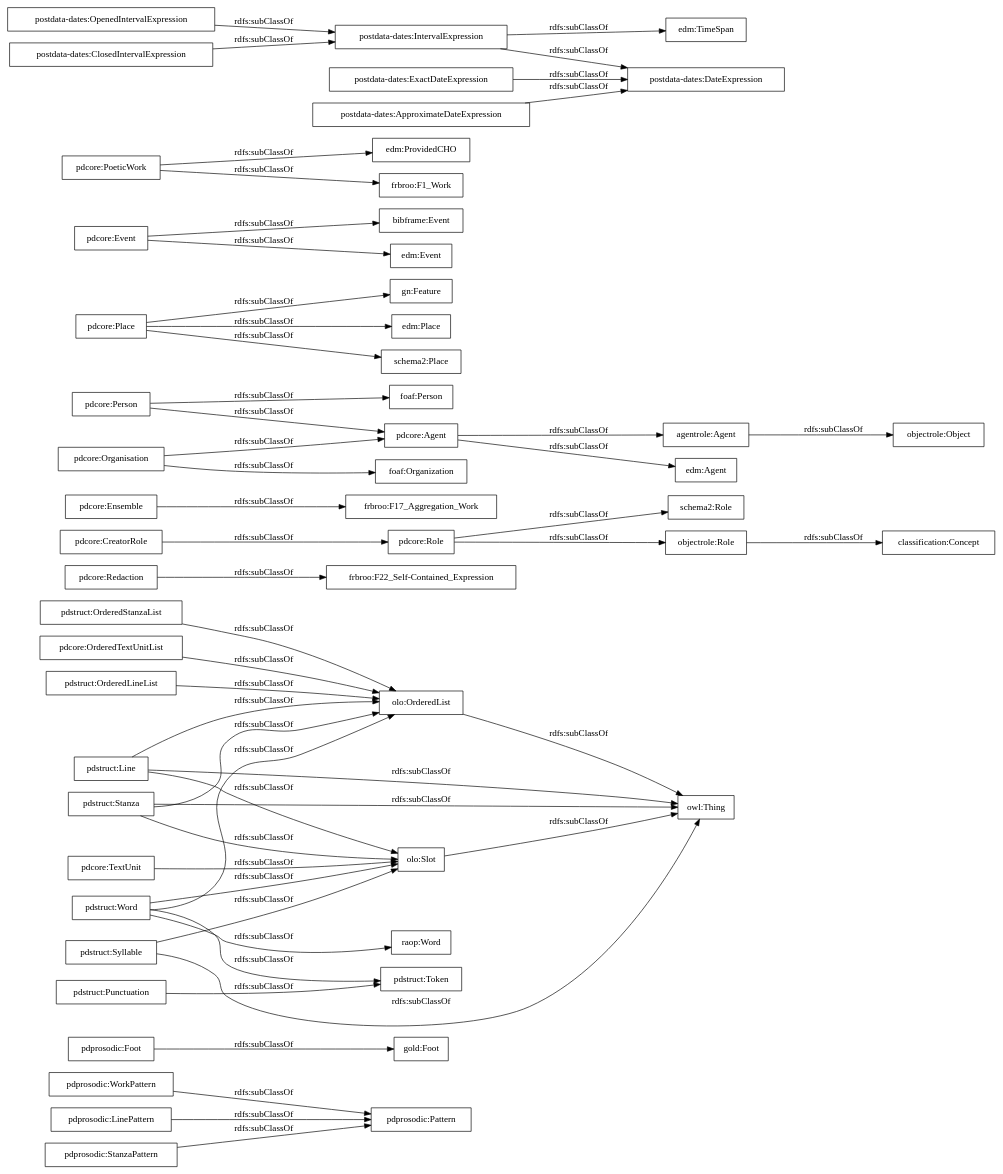
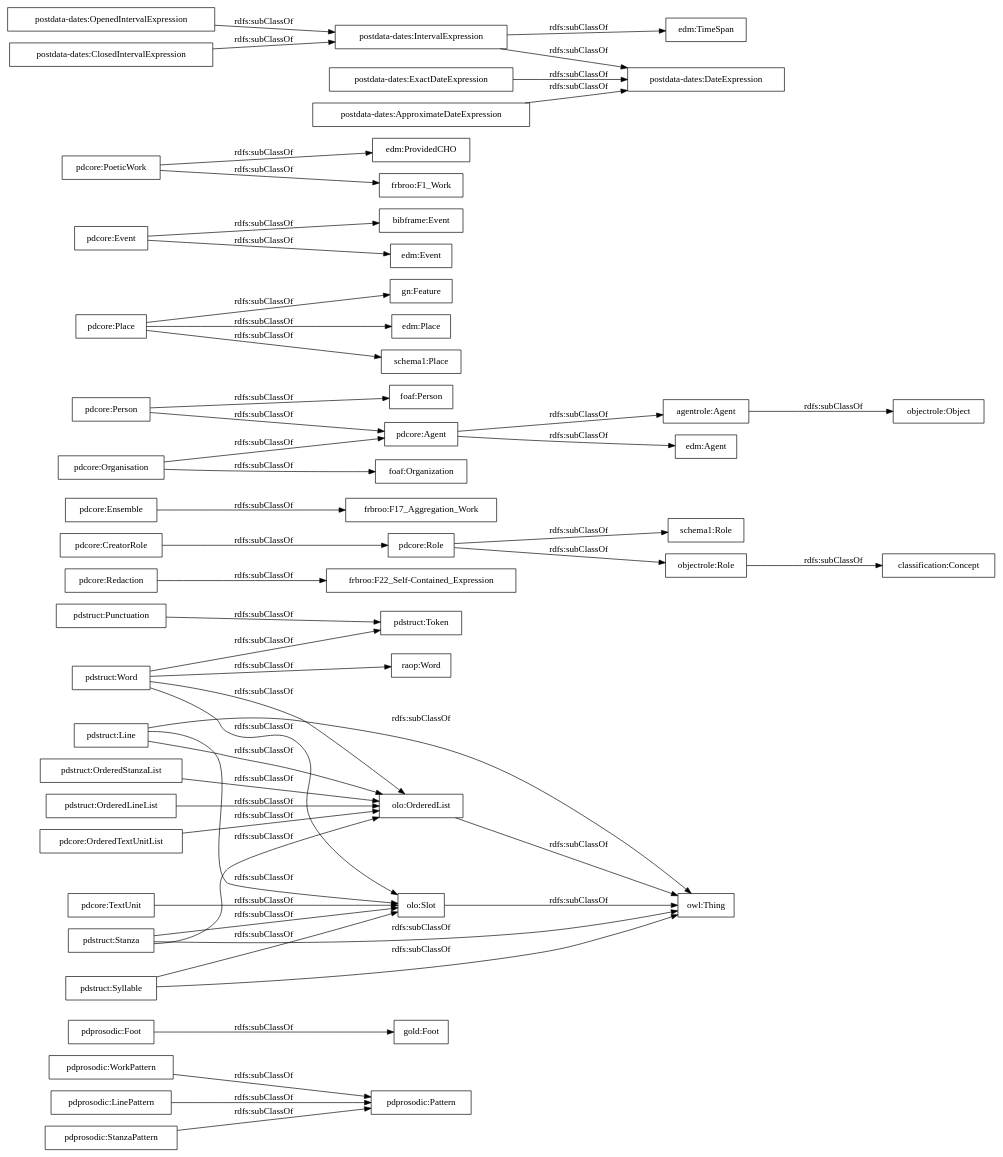
One commit to MLuisaDiezPlatas/prosodicElements-ontology changed the diagram in OnToology/postdata-prosodicElements.owl/diagrams/ar2dtool-taxonomy/postdata-prosodicElements.owl.png.dot. Above: the diagram before and after it, drawn with Graphviz. The commit also changed 11 other files, not shown here.

```diff
--- a/OnToology/postdata-prosodicElements.owl/diagrams/ar2dtool-taxonomy/postdata-prosodicElements.owl.png.dot
+++ b/OnToology/postdata-prosodicElements.owl/diagrams/ar2dtool-taxonomy/postdata-prosodicElements.owl.png.dot
@@ -1,55 +1,55 @@
 digraph ar2dtool_diagram { 
 rankdir=LR;
 size="1000"
-node [shape = rectangle, color="black"]; "pdprosodic:WorkPattern" "pdprosodic:Foot" "pdprosodic:LinePattern" "pdprosodic:Pattern" "gold:Foot" "pdprosodic:StanzaPattern" "pdstruct:Line" "pdstruct:Punctuation" "pdstruct:OrderedStanzaList" "pdstruct:Word" "pdstruct:Stanza" "pdstruct:Token" "pdcore:Redaction" "pdstruct:Syllable" "raop:Word" "pdstruct:OrderedLineList" "olo:Slot" "olo:OrderedList" "pdcore:Role" "frbroo:F17_Aggregation_Work" "pdcore:OrderedTextUnitList" "agentrole:Agent" "gn:Feature" "edm:Agent" "pdcore:Agent" "pdcore:CreatorRole" "pdcore:Person" "pdcore:Organisation" "edm:Place" "pdcore:Ensemble" "foaf:Person" "frbroo:F22_Self-Contained_Expression" "bibframe:Event" "edm:Event" "pdcore:TextUnit" "foaf:Organization" "edm:ProvidedCHO" "pdcore:Place" "schema2:Place" "pdcore:Event" "pdcore:PoeticWork" "frbroo:F1_Work" "schema2:Role" "owl:Thing" "objectrole:Role" "objectrole:Object" "postdata-dates:OpenedIntervalExpression" "postdata-dates:ClosedIntervalExpression" "postdata-dates:IntervalExpression" "postdata-dates:ExactDateExpression" "edm:TimeSpan" "postdata-dates:DateExpression" "postdata-dates:ApproximateDateExpression" "classification:Concept" ; /*classes style*/
+node [shape = rectangle, color="black"]; "pdprosodic:WorkPattern" "pdprosodic:Foot" "pdprosodic:LinePattern" "pdprosodic:Pattern" "gold:Foot" "pdprosodic:StanzaPattern" "pdstruct:Punctuation" "pdstruct:Line" "pdstruct:OrderedStanzaList" "pdstruct:Word" "pdstruct:Stanza" "pdstruct:Token" "pdcore:Redaction" "pdstruct:Syllable" "raop:Word" "pdstruct:OrderedLineList" "olo:Slot" "olo:OrderedList" "pdcore:Role" "frbroo:F17_Aggregation_Work" "pdcore:OrderedTextUnitList" "agentrole:Agent" "gn:Feature" "edm:Agent" "pdcore:Agent" "pdcore:CreatorRole" "pdcore:Person" "pdcore:Organisation" "edm:Place" "pdcore:Ensemble" "foaf:Person" "frbroo:F22_Self-Contained_Expression" "bibframe:Event" "edm:Event" "pdcore:TextUnit" "foaf:Organization" "edm:ProvidedCHO" "pdcore:Place" "schema1:Place" "pdcore:Event" "pdcore:PoeticWork" "frbroo:F1_Work" "schema1:Role" "owl:Thing" "objectrole:Role" "objectrole:Object" "postdata-dates:OpenedIntervalExpression" "postdata-dates:ClosedIntervalExpression" "postdata-dates:IntervalExpression" "postdata-dates:ExactDateExpression" "edm:TimeSpan" "postdata-dates:DateExpression" "postdata-dates:ApproximateDateExpression" "classification:Concept" ; /*classes style*/
 	"pdprosodic:WorkPattern" -> "pdprosodic:Pattern" [ label = "rdfs:subClassOf" ];
 	"pdstruct:OrderedStanzaList" -> "olo:OrderedList" [ label = "rdfs:subClassOf" ];
 	"pdstruct:Punctuation" -> "pdstruct:Token" [ label = "rdfs:subClassOf" ];
 	"agentrole:Agent" -> "objectrole:Object" [ label = "rdfs:subClassOf" ];
 	"pdstruct:Word" -> "olo:OrderedList" [ label = "rdfs:subClassOf" ];
 	"pdstruct:Word" -> "olo:Slot" [ label = "rdfs:subClassOf" ];
 	"pdstruct:Word" -> "pdstruct:Token" [ label = "rdfs:subClassOf" ];
 	"pdstruct:Word" -> "raop:Word" [ label = "rdfs:subClassOf" ];
 	"pdcore:PoeticWork" -> "frbroo:F1_Work" [ label = "rdfs:subClassOf" ];
 	"pdcore:PoeticWork" -> "edm:ProvidedCHO" [ label = "rdfs:subClassOf" ];
 	"pdprosodic:Foot" -> "gold:Foot" [ label = "rdfs:subClassOf" ];
 	"objectrole:Role" -> "classification:Concept" [ label = "rdfs:subClassOf" ];
 	"postdata-dates:ClosedIntervalExpression" -> "postdata-dates:IntervalExpression" [ label = "rdfs:subClassOf" ];
 	"pdstruct:Stanza" -> "olo:Slot" [ label = "rdfs:subClassOf" ];
 	"pdstruct:Stanza" -> "olo:OrderedList" [ label = "rdfs:subClassOf" ];
 	"pdstruct:Stanza" -> "owl:Thing" [ label = "rdfs:subClassOf" ];
 	"postdata-dates:ApproximateDateExpression" -> "postdata-dates:DateExpression" [ label = "rdfs:subClassOf" ];
 	"pdcore:Agent" -> "agentrole:Agent" [ label = "rdfs:subClassOf" ];
 	"pdcore:Agent" -> "edm:Agent" [ label = "rdfs:subClassOf" ];
 	"olo:Slot" -> "owl:Thing" [ label = "rdfs:subClassOf" ];
 	"postdata-dates:OpenedIntervalExpression" -> "postdata-dates:IntervalExpression" [ label = "rdfs:subClassOf" ];
 	"pdcore:Organisation" -> "foaf:Organization" [ label = "rdfs:subClassOf" ];
 	"pdcore:Organisation" -> "pdcore:Agent" [ label = "rdfs:subClassOf" ];
 	"pdcore:Ensemble" -> "frbroo:F17_Aggregation_Work" [ label = "rdfs:subClassOf" ];
 	"olo:OrderedList" -> "owl:Thing" [ label = "rdfs:subClassOf" ];
 	"pdcore:TextUnit" -> "olo:Slot" [ label = "rdfs:subClassOf" ];
 	"pdcore:Redaction" -> "frbroo:F22_Self-Contained_Expression" [ label = "rdfs:subClassOf" ];
 	"pdcore:Place" -> "edm:Place" [ label = "rdfs:subClassOf" ];
-	"pdcore:Place" -> "schema2:Place" [ label = "rdfs:subClassOf" ];
+	"pdcore:Place" -> "schema1:Place" [ label = "rdfs:subClassOf" ];
 	"pdcore:Place" -> "gn:Feature" [ label = "rdfs:subClassOf" ];
 	"pdstruct:OrderedLineList" -> "olo:OrderedList" [ label = "rdfs:subClassOf" ];
 	"pdcore:CreatorRole" -> "pdcore:Role" [ label = "rdfs:subClassOf" ];
 	"pdstruct:Syllable" -> "owl:Thing" [ label = "rdfs:subClassOf" ];
 	"pdstruct:Syllable" -> "olo:Slot" [ label = "rdfs:subClassOf" ];
 	"pdcore:Role" -> "objectrole:Role" [ label = "rdfs:subClassOf" ];
-	"pdcore:Role" -> "schema2:Role" [ label = "rdfs:subClassOf" ];
+	"pdcore:Role" -> "schema1:Role" [ label = "rdfs:subClassOf" ];
 	"pdprosodic:StanzaPattern" -> "pdprosodic:Pattern" [ label = "rdfs:subClassOf" ];
 	"pdstruct:Line" -> "olo:Slot" [ label = "rdfs:subClassOf" ];
 	"pdstruct:Line" -> "olo:OrderedList" [ label = "rdfs:subClassOf" ];
 	"pdstruct:Line" -> "owl:Thing" [ label = "rdfs:subClassOf" ];
 	"pdprosodic:LinePattern" -> "pdprosodic:Pattern" [ label = "rdfs:subClassOf" ];
 	"pdcore:OrderedTextUnitList" -> "olo:OrderedList" [ label = "rdfs:subClassOf" ];
 	"postdata-dates:IntervalExpression" -> "edm:TimeSpan" [ label = "rdfs:subClassOf" ];
 	"postdata-dates:IntervalExpression" -> "postdata-dates:DateExpression" [ label = "rdfs:subClassOf" ];
 	"postdata-dates:ExactDateExpression" -> "postdata-dates:DateExpression" [ label = "rdfs:subClassOf" ];
 	"pdcore:Event" -> "edm:Event" [ label = "rdfs:subClassOf" ];
 	"pdcore:Event" -> "bibframe:Event" [ label = "rdfs:subClassOf" ];
 	"pdcore:Person" -> "foaf:Person" [ label = "rdfs:subClassOf" ];
 	"pdcore:Person" -> "pdcore:Agent" [ label = "rdfs:subClassOf" ];
 
 }
```
